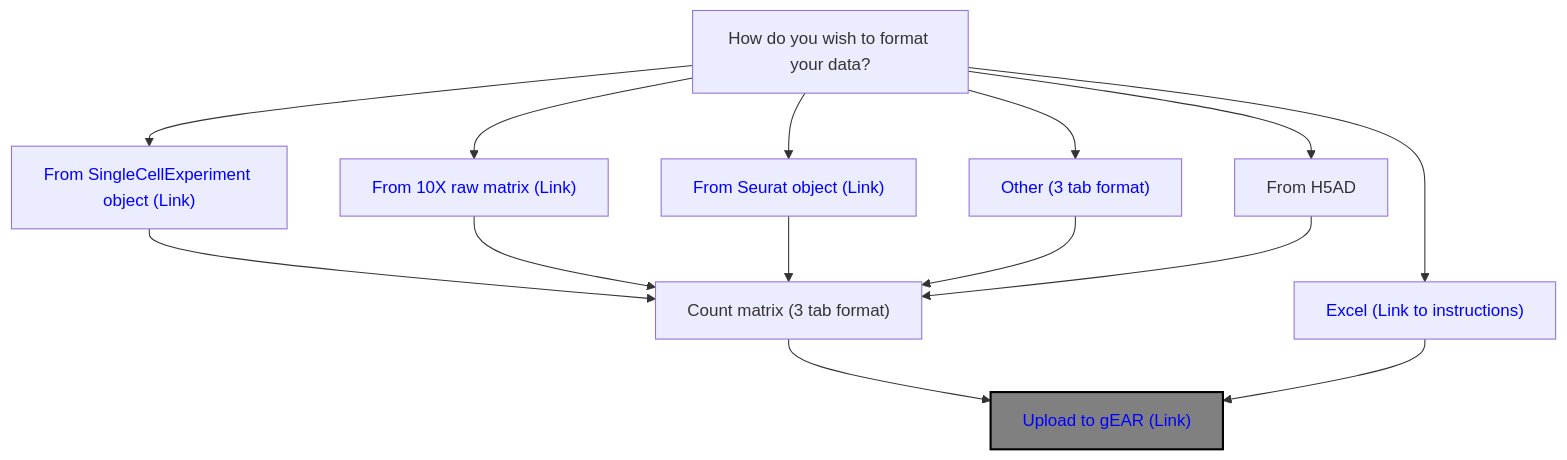
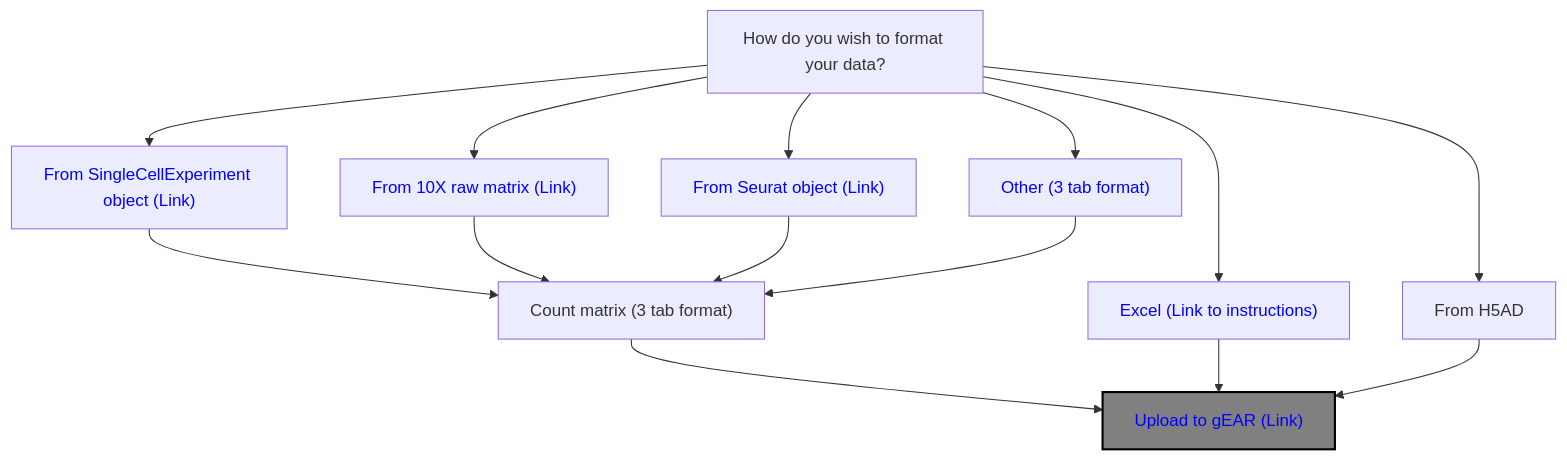
The second of 2 diagrams in docs/wiki/UploadingOverview.md (IGS/gEAR), drawn with Mermaid before and after one commit. The commit also changed other lines of this file and 2 other files, not shown here.

Commit message:
Fix: Update gos_higlass_url to gos_url in documentation and adjust Docker hub URL handling

````diff
--- a/docs/wiki/UploadingOverview.md
+++ b/docs/wiki/UploadingOverview.md
@@ -82,33 +80,33 @@
 ```mermaid
 graph TB
 
 A[How do you wish to format your data?]
 A-->B["Excel (Link to instructions)"]
 A-->D["From Seurat object (Link)"]
 A-->E["From 10X raw matrix (Link)"]
 A-->G["From SingleCellExperiment object (Link)"]
 G-->F["Count matrix (3 tab format)"]
 A-->I["Other (3 tab format)"]
 A-->J["From H5AD"]
 E-->F
 D-->F
 F-->H["Upload to gEAR (Link)"]
 B-->H
 I-->F
-J-->F
+J-->H
 
 
 click B "https://docs.google.com/presentation/d/1ptk78OJAQJnyRKe3Gkejqa43Vh-cP21h/edit?usp=sharing&ouid=102015920709954238045&rtpof=true&sd=true" "Excel upload instructions"
 click D "https://github.com/IGS/gEAR/wiki/Uploading-Single-Cell-Sequencing-data#b-prepare-the-files-based-on-seurat-processed-output-all-the-command-below-are-r-script" "Preparing Seurat object for upload"
 click E "https://github.com/IGS/gEAR/wiki/Uploading-Single-Cell-Sequencing-data#a-prepare-the-files-using-the-raw-matrix-from-10x-platform" "Preparing 10X matrix for upload"
 click F "https://umgear.org/upload_dataset.html" "Uploading to gEAR"
 click G "https://github.com/IGS/gEAR/wiki/Uploading-Single-Cell-Sequencing-data#c-prepare-the-files-from-singlecellexperiment-object" "Preparing data from a SingleCellExperiment Object"
 click I "https://docs.google.com/presentation/d/1wZcAy3QLEIndXXB82mBcgUzWNNUvwII_/edit?usp=sharing&ouid=102015920709954238045&rtpof=true&sd=true"
 
 style H fill:gray,stroke:black,stroke-width:2px,color:blue
 style B color:blue
 style D color:blue
 style E color:blue
 style G color:blue
 style I color:blue
 ```
````
